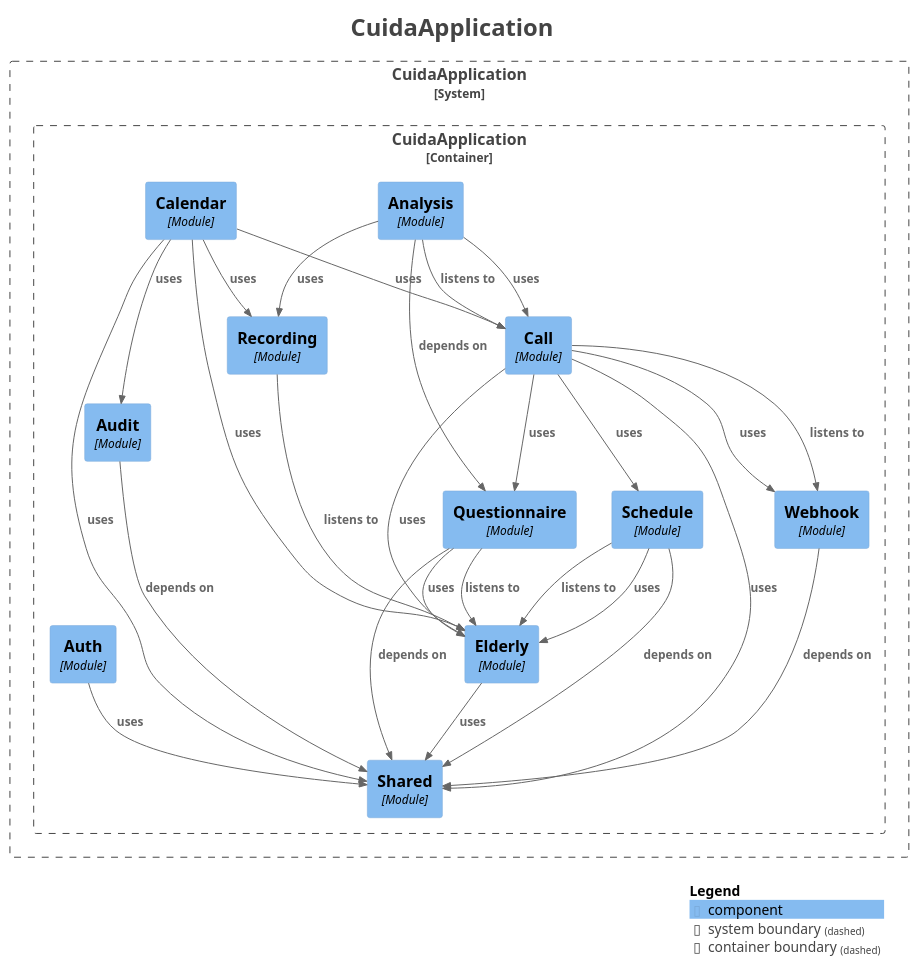
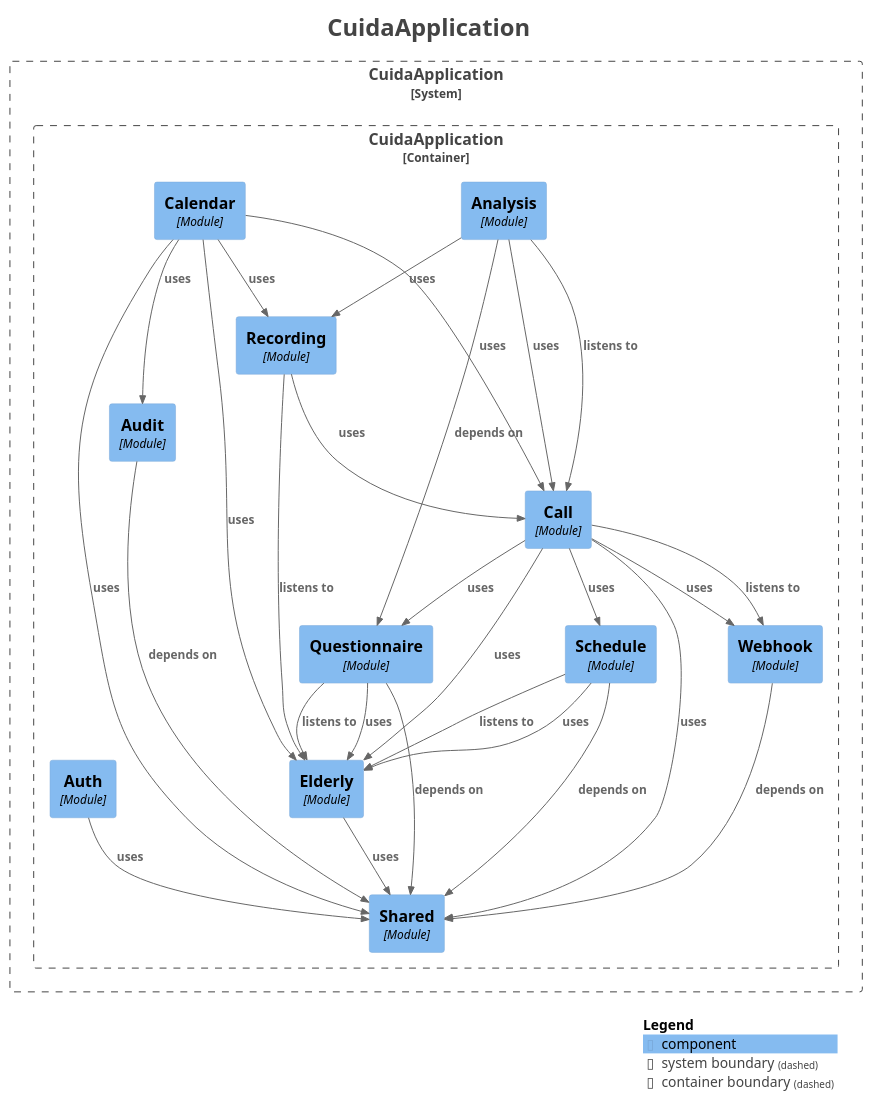
One commit to Rodrimir/alo_diario changed the diagram in docs/modules/components.puml. Above: the diagram before and after it, drawn with PlantUML. The commit also changed 29 other files, not shown here.

```diff
--- a/docs/modules/components.puml
+++ b/docs/modules/components.puml
@@ -1,64 +1,65 @@
 @startuml
 title <size:24>CuidaApplication</size>
 
 set separator none
 top to bottom direction
 
 <style>
   root {
     BackgroundColor: #ffffff
     FontColor: #444444
   }
 </style>
 
 !include <C4/C4>
 !include <C4/C4_Context>
 !include <C4/C4_Component>
 
 System_Boundary("CuidaApplication_boundary", "CuidaApplication", $tags="") {
   Container_Boundary("CuidaApplication.CuidaApplication_boundary", "CuidaApplication", $tags="") {
-    Component(CuidaApplication.CuidaApplication.Schedule, "Schedule", $techn="Module", $descr="", $tags="", $link="")
     Component(CuidaApplication.CuidaApplication.Call, "Call", $techn="Module", $descr="", $tags="", $link="")
+    Component(CuidaApplication.CuidaApplication.Recording, "Recording", $techn="Module", $descr="", $tags="", $link="")
     Component(CuidaApplication.CuidaApplication.Analysis, "Analysis", $techn="Module", $descr="", $tags="", $link="")
     Component(CuidaApplication.CuidaApplication.Calendar, "Calendar", $techn="Module", $descr="", $tags="", $link="")
     Component(CuidaApplication.CuidaApplication.Shared, "Shared", $techn="Module", $descr="", $tags="", $link="")
     Component(CuidaApplication.CuidaApplication.Audit, "Audit", $techn="Module", $descr="", $tags="", $link="")
     Component(CuidaApplication.CuidaApplication.Auth, "Auth", $techn="Module", $descr="", $tags="", $link="")
     Component(CuidaApplication.CuidaApplication.Elderly, "Elderly", $techn="Module", $descr="", $tags="", $link="")
     Component(CuidaApplication.CuidaApplication.Webhook, "Webhook", $techn="Module", $descr="", $tags="", $link="")
     Component(CuidaApplication.CuidaApplication.Questionnaire, "Questionnaire", $techn="Module", $descr="", $tags="", $link="")
-    Component(CuidaApplication.CuidaApplication.Recording, "Recording", $techn="Module", $descr="", $tags="", $link="")
+    Component(CuidaApplication.CuidaApplication.Schedule, "Schedule", $techn="Module", $descr="", $tags="", $link="")
   }
 
 }
 
 Rel(CuidaApplication.CuidaApplication.Analysis, CuidaApplication.CuidaApplication.Call, "listens to", $techn="", $tags="", $link="")
 Rel(CuidaApplication.CuidaApplication.Analysis, CuidaApplication.CuidaApplication.Call, "uses", $techn="", $tags="", $link="")
 Rel(CuidaApplication.CuidaApplication.Analysis, CuidaApplication.CuidaApplication.Questionnaire, "depends on", $techn="", $tags="", $link="")
 Rel(CuidaApplication.CuidaApplication.Analysis, CuidaApplication.CuidaApplication.Recording, "uses", $techn="", $tags="", $link="")
 Rel(CuidaApplication.CuidaApplication.Audit, CuidaApplication.CuidaApplication.Shared, "depends on", $techn="", $tags="", $link="")
 Rel(CuidaApplication.CuidaApplication.Auth, CuidaApplication.CuidaApplication.Shared, "uses", $techn="", $tags="", $link="")
 Rel(CuidaApplication.CuidaApplication.Calendar, CuidaApplication.CuidaApplication.Audit, "uses", $techn="", $tags="", $link="")
 Rel(CuidaApplication.CuidaApplication.Calendar, CuidaApplication.CuidaApplication.Call, "uses", $techn="", $tags="", $link="")
 Rel(CuidaApplication.CuidaApplication.Calendar, CuidaApplication.CuidaApplication.Elderly, "uses", $techn="", $tags="", $link="")
 Rel(CuidaApplication.CuidaApplication.Calendar, CuidaApplication.CuidaApplication.Recording, "uses", $techn="", $tags="", $link="")
 Rel(CuidaApplication.CuidaApplication.Calendar, CuidaApplication.CuidaApplication.Shared, "uses", $techn="", $tags="", $link="")
 Rel(CuidaApplication.CuidaApplication.Call, CuidaApplication.CuidaApplication.Elderly, "uses", $techn="", $tags="", $link="")
 Rel(CuidaApplication.CuidaApplication.Call, CuidaApplication.CuidaApplication.Questionnaire, "uses", $techn="", $tags="", $link="")
 Rel(CuidaApplication.CuidaApplication.Call, CuidaApplication.CuidaApplication.Schedule, "uses", $techn="", $tags="", $link="")
 Rel(CuidaApplication.CuidaApplication.Call, CuidaApplication.CuidaApplication.Shared, "uses", $techn="", $tags="", $link="")
 Rel(CuidaApplication.CuidaApplication.Call, CuidaApplication.CuidaApplication.Webhook, "listens to", $techn="", $tags="", $link="")
 Rel(CuidaApplication.CuidaApplication.Call, CuidaApplication.CuidaApplication.Webhook, "uses", $techn="", $tags="", $link="")
 Rel(CuidaApplication.CuidaApplication.Elderly, CuidaApplication.CuidaApplication.Shared, "uses", $techn="", $tags="", $link="")
 Rel(CuidaApplication.CuidaApplication.Questionnaire, CuidaApplication.CuidaApplication.Elderly, "listens to", $techn="", $tags="", $link="")
 Rel(CuidaApplication.CuidaApplication.Questionnaire, CuidaApplication.CuidaApplication.Elderly, "uses", $techn="", $tags="", $link="")
 Rel(CuidaApplication.CuidaApplication.Questionnaire, CuidaApplication.CuidaApplication.Shared, "depends on", $techn="", $tags="", $link="")
+Rel(CuidaApplication.CuidaApplication.Recording, CuidaApplication.CuidaApplication.Call, "uses", $techn="", $tags="", $link="")
 Rel(CuidaApplication.CuidaApplication.Recording, CuidaApplication.CuidaApplication.Elderly, "listens to", $techn="", $tags="", $link="")
 Rel(CuidaApplication.CuidaApplication.Schedule, CuidaApplication.CuidaApplication.Elderly, "listens to", $techn="", $tags="", $link="")
 Rel(CuidaApplication.CuidaApplication.Schedule, CuidaApplication.CuidaApplication.Elderly, "uses", $techn="", $tags="", $link="")
 Rel(CuidaApplication.CuidaApplication.Schedule, CuidaApplication.CuidaApplication.Shared, "depends on", $techn="", $tags="", $link="")
 Rel(CuidaApplication.CuidaApplication.Webhook, CuidaApplication.CuidaApplication.Shared, "depends on", $techn="", $tags="", $link="")
 
 SHOW_LEGEND(true)
 hide stereotypes
 @enduml
```
